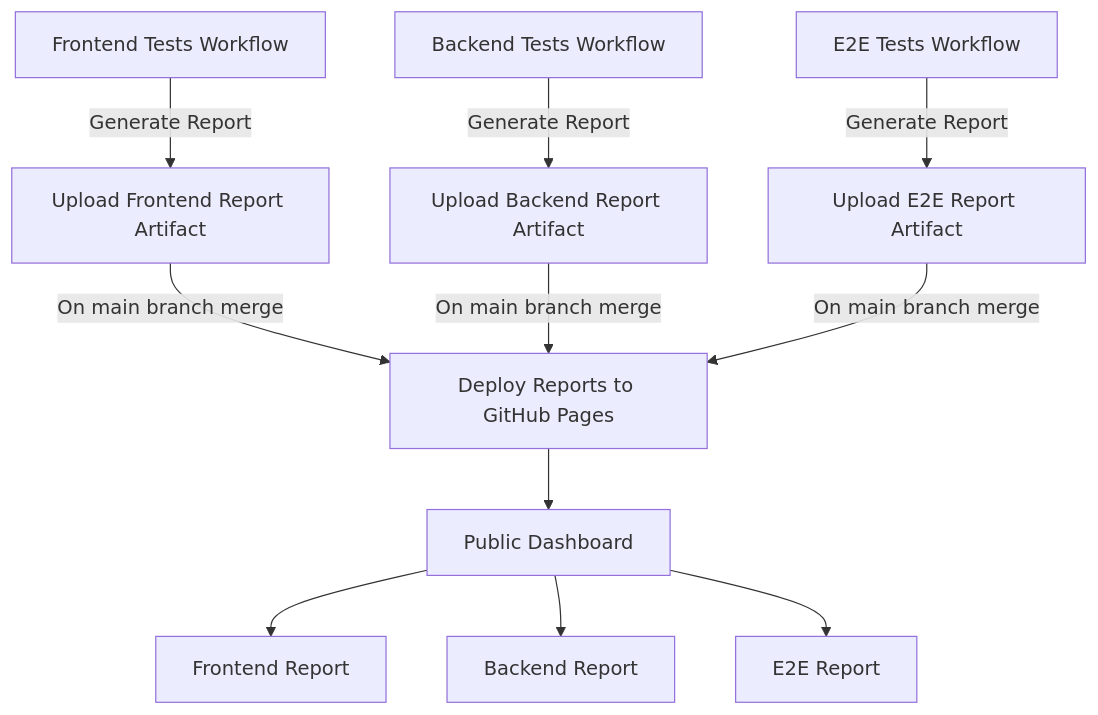
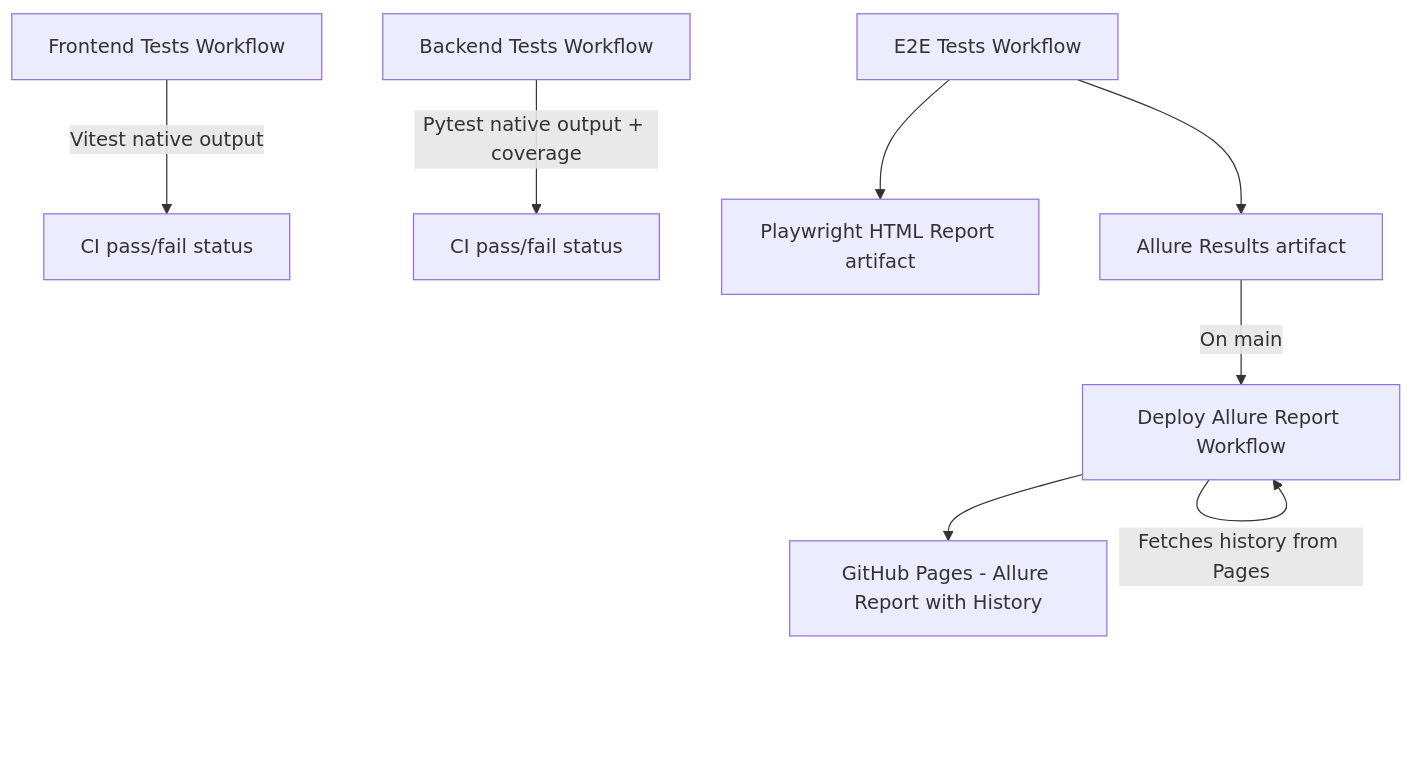
The diagram in README.md (nora-berth/Pet-tracker), drawn with Mermaid before and after one commit. The commit also changed other lines of this file and 22 other files, not shown here.

First line of the commit message:
ci(reporting): replace shared dashboard with E2E-only Allure on GitHub Pages (#52)

````diff
--- a/README.md
+++ b/README.md
@@ -16,15 +16,10 @@
 ```mermaid
 graph TB
-    A[Frontend Tests Workflow] -->|Generate Report| A1[Upload Frontend Report Artifact]
-    B[Backend Tests Workflow] -->|Generate Report| B1[Upload Backend Report Artifact]
-    C[E2E Tests Workflow] -->|Generate Report| C1[Upload E2E Report Artifact]
-
-    A1 -->|On main branch merge| D[Deploy Reports to GitHub Pages]
-    B1 -->|On main branch merge| D
-    C1 -->|On main branch merge| D
-
-    D --> E[Public Dashboard]
-    E --> E1[Frontend Report]
-    E --> E2[Backend Report]
-    E --> E3[E2E Report]
+    A[Frontend Tests Workflow] -->|Vitest native output| A1[CI pass/fail status]
+    B[Backend Tests Workflow] -->|Pytest native output + coverage| B1[CI pass/fail status]
+    C[E2E Tests Workflow] --> C1[Playwright HTML Report artifact]
+    C[E2E Tests Workflow] --> C2[Allure Results artifact]
+    C2 -->|On main| D[Deploy Allure Report Workflow]
+    D -->|Fetches history from Pages| D
+    D --> E[GitHub Pages - Allure Report with History]
 ```
````
